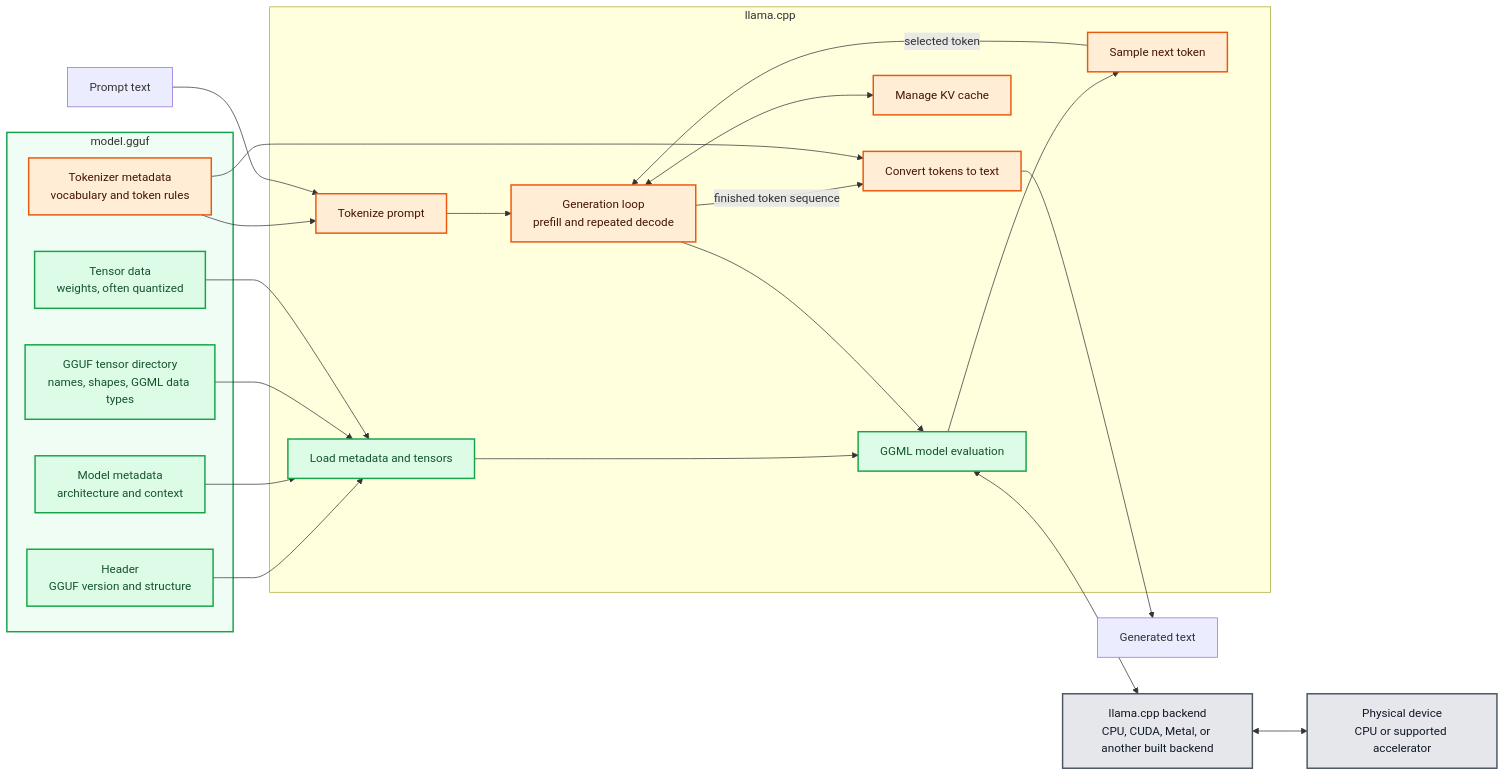
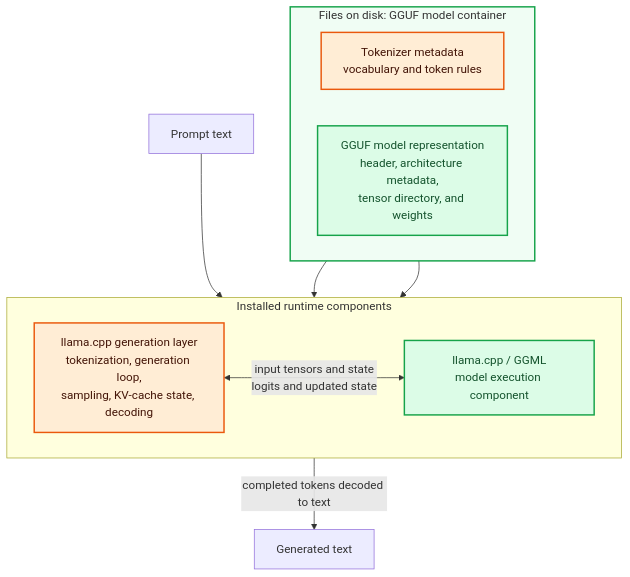
One commit to elena-du/local-ai-inference-lab changed the fourth of 5 diagrams in lessons/03_model_formats.md. Above: the diagram before and after it, drawn with Mermaid. The commit also changed other lines of this file and 2 other files, not shown here.

````diff
--- a/lessons/03_model_formats.md
+++ b/lessons/03_model_formats.md
@@ -266,52 +481,30 @@
 ```mermaid
-flowchart LR
+flowchart TB
     PROMPT["Prompt text"]
 
-    subgraph FILE["model.gguf"]
-        HEADER["Header<br/>GGUF version and structure"]
-        MODELMETA["Model metadata<br/>architecture and context"]
+    subgraph FILE["Files on disk: GGUF model container"]
+        direction LR
         TOKENMETA["Tokenizer metadata<br/>vocabulary and token rules"]
-        TENSORINFO["GGUF tensor directory<br/>names, shapes, GGML data types"]
-        TENSORDATA["Tensor data<br/>weights, often quantized"]
+        GGUF_MODEL["GGUF model representation<br/>header, architecture metadata,<br/>tensor directory, and weights"]
     end
 
-    subgraph LLAMA["llama.cpp"]
-        LOAD["Load metadata and tensors"]
-        TOKENIZE["Tokenize prompt"]
-        LOOP["Generation loop<br/>prefill and repeated decode"]
-        EVALUATE["GGML model evaluation"]
-        SAMPLE["Sample next token"]
-        CACHE["Manage KV cache"]
-        DETOKENIZE["Convert tokens to text"]
+    subgraph SOFTWARE["Installed runtime components"]
+        direction LR
+        LLAMA_GEN["llama.cpp generation layer<br/>tokenization, generation loop,<br/>sampling, KV-cache state, decoding"]
+        GGML["llama.cpp / GGML<br/>model execution component"]
+        LLAMA_GEN <-->|"input tensors and state<br/>logits and updated state"| GGML
     end
 
-    BACKEND["llama.cpp backend<br/>CPU, CUDA, Metal, or another built backend"]
-    HARDWARE["Physical device<br/>CPU or supported accelerator"]
     RESULT["Generated text"]
 
-    HEADER --> LOAD
-    MODELMETA --> LOAD
-    TOKENMETA --> TOKENIZE
-    TENSORINFO --> LOAD
-    TENSORDATA --> LOAD
-    PROMPT --> TOKENIZE
-    LOAD --> EVALUATE
-    TOKENIZE --> LOOP
-    LOOP --> EVALUATE
-    EVALUATE --> SAMPLE
-    SAMPLE -->|"selected token"| LOOP
-    LOOP <--> CACHE
-    EVALUATE <--> BACKEND
-    BACKEND <--> HARDWARE
-    LOOP -->|"finished token sequence"| DETOKENIZE
-    TOKENMETA --> DETOKENIZE
-    DETOKENIZE --> RESULT
+    PROMPT --> LLAMA_GEN
+    TOKENMETA --> LLAMA_GEN
+    GGUF_MODEL --> GGML
+    LLAMA_GEN -->|"completed tokens decoded to text"| RESULT
 
     classDef gguf fill:#dcfce7,stroke:#16a34a,color:#14532d,stroke-width:2px
     classDef genai fill:#ffedd5,stroke:#ea580c,color:#431407,stroke-width:2px
-    classDef execution fill:#e5e7eb,stroke:#4b5563,color:#111827,stroke-width:2px
-    class HEADER,MODELMETA,TENSORINFO,TENSORDATA,LOAD,EVALUATE gguf
-    class TOKENMETA,TOKENIZE,LOOP,SAMPLE,CACHE,DETOKENIZE genai
-    class BACKEND,HARDWARE execution
+    class GGUF_MODEL,GGML gguf
+    class TOKENMETA,LLAMA_GEN genai
     style FILE fill:#f0fdf4,stroke:#16a34a,stroke-width:2px
 ```
````
